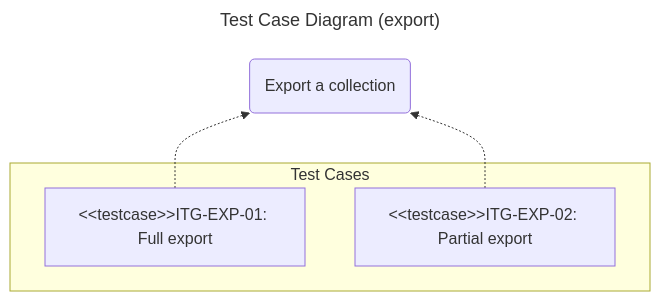
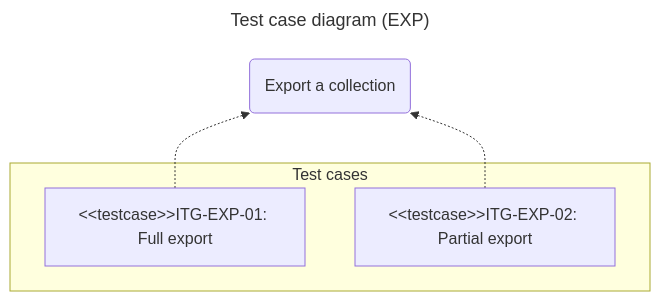
One commit to chromiodev/chromie-tool changed the second of 4 diagrams in docs/spec/tests/integration.en.md. Above: the diagram before and after it, drawn with Mermaid. The commit also changed other lines of this file and 25 other files, not shown here.

````diff
--- a/docs/spec/tests/integration.en.md
+++ b/docs/spec/tests/integration.en.md
@@ -87,18 +87,18 @@
 ```mermaid
 ---
-title: Test Case Diagram (export)
+title: Test case diagram (EXP)
 config:
 ---
 
 graph BT
   %% use cases
   exportColl@{ shape: "rounded", label: "Export a collection" }
 
-  subgraph "Test Cases"
+  subgraph "Test cases"
     exportFullColl@{ scope="rounded", label: "#lt;#lt;testcase>>ITG-EXP-01: Full export" }
     exportPartialColl@{ scope="rounded", label: "#lt;#lt;testcase>>ITG-EXP-02: Partial export" }
   end
 
   exportFullColl -.-> exportColl
   exportPartialColl -.-> exportColl
 ```
````
